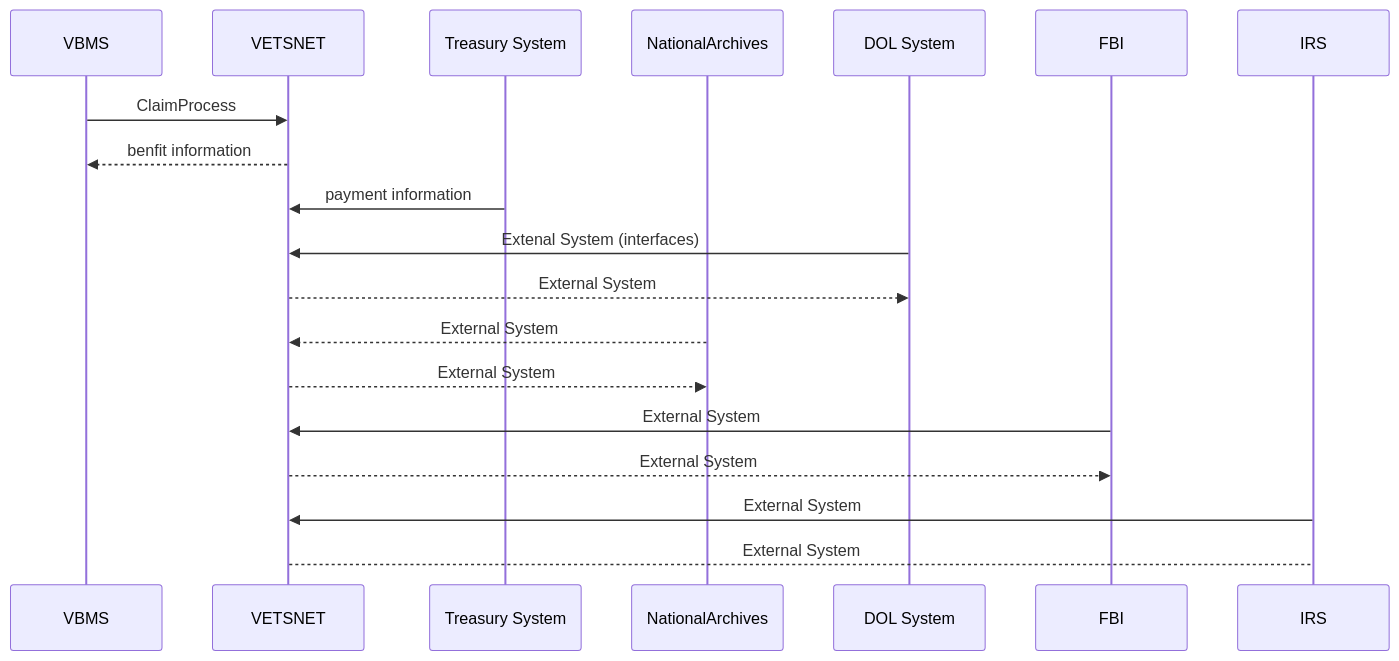
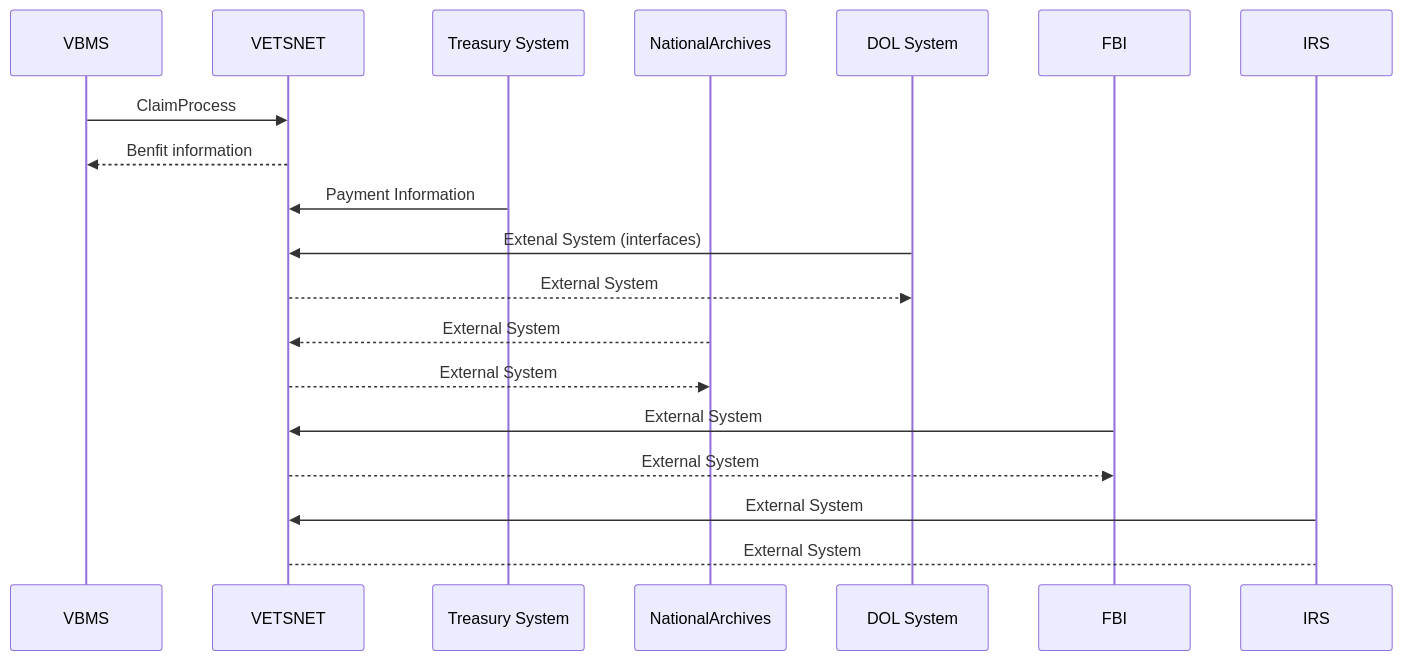
One commit to RickyJe/VBMS changed the diagram in Veterans Service Network.md. Above: the diagram before and after it, drawn with Mermaid.

Commit message:
Update Veterans Service Network.md

````diff
--- a/Veterans Service Network.md
+++ b/Veterans Service Network.md
@@ -1,19 +1,19 @@
 ```mermaid
 sequenceDiagram
     Participant VBMS
     Participant VETSNET
     Participant Treasury System
     Participant NationalArchives
     Participant DOL System
     VBMS ->> VETSNET: ClaimProcess
-    VETSNET -->> VBMS: benfit information
-    Treasury System ->> VETSNET:  payment information
+    VETSNET -->> VBMS: Benfit information
+    Treasury System ->> VETSNET:  Payment Information
     DOL System ->> VETSNET :Extenal System (interfaces)
     VETSNET -->> DOL System : External System
     NationalArchives -->> VETSNET : External System
     VETSNET -->> NationalArchives: External System
     FBI ->> VETSNET : External System
     VETSNET -->> FBI : External System
     IRS->> VETSNET : External System
     VETSNET --> IRS: External System
 ```
````
